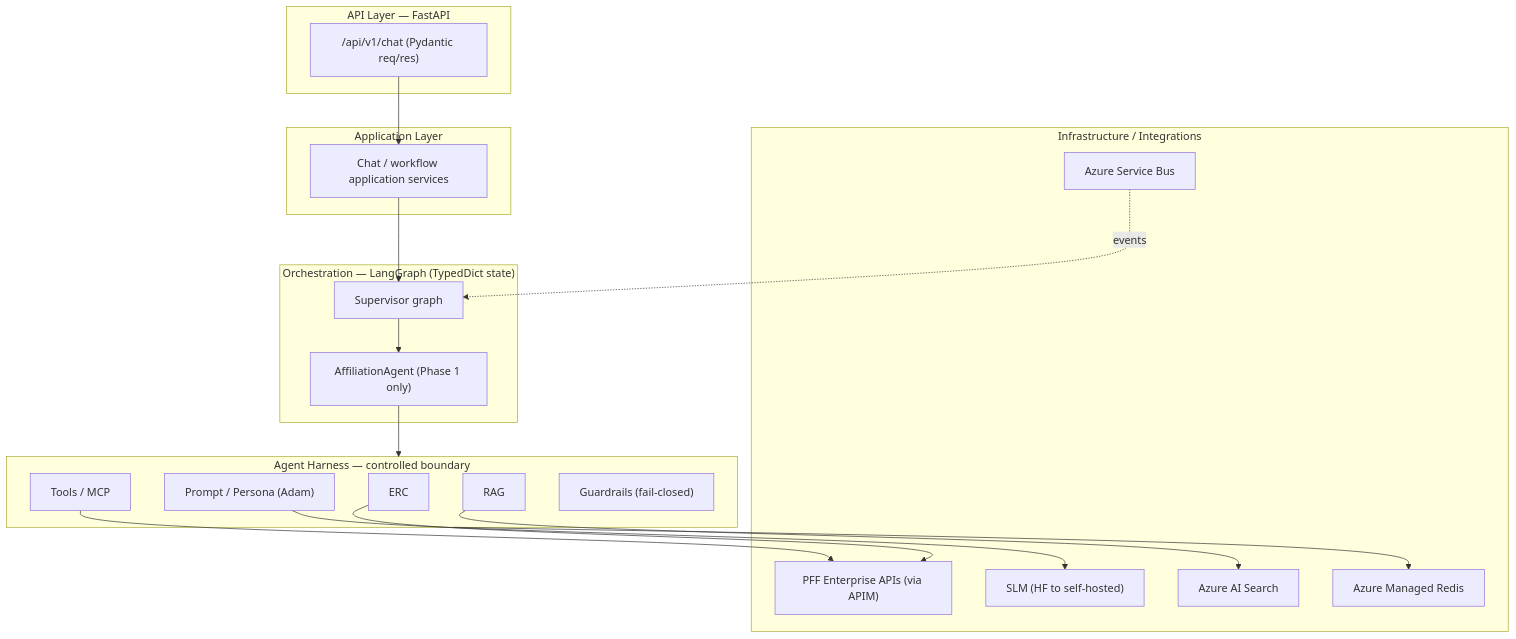
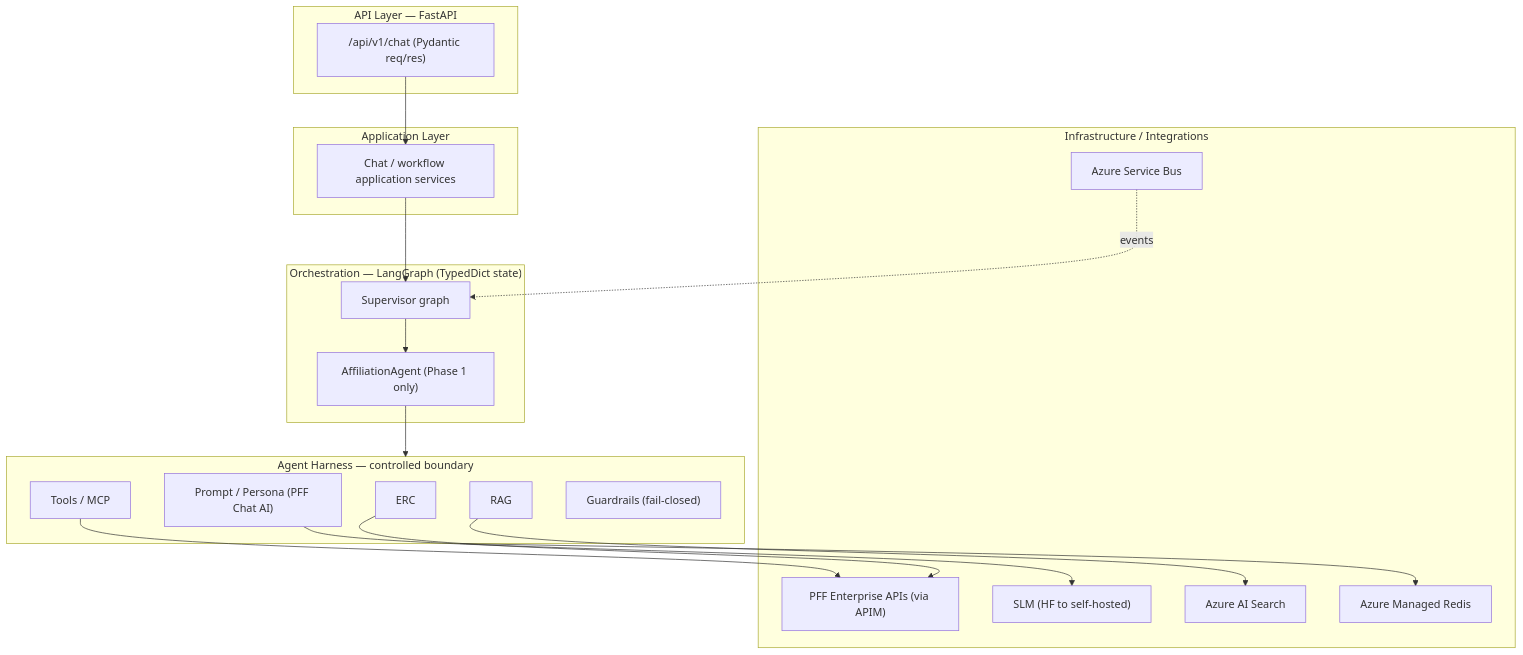
The third of 4 diagrams in docs/architecture/sad/PFF-AI-SAD.md (gobimca87/PF-FT), drawn with Mermaid before and after one commit. The commit also changed other lines of this file and 1 other file, not shown here.

First line of the commit message:
docs(sad): rename chat name "Adam AI" to "PFF Chat AI"

````diff
--- a/docs/architecture/sad/PFF-AI-SAD.md
+++ b/docs/architecture/sad/PFF-AI-SAD.md
@@ -506,35 +506,35 @@
 ```mermaid
 flowchart TB
     subgraph API["API Layer — FastAPI"]
         CHAT["/api/v1/chat (Pydantic req/res)"]
     end
     subgraph APP["Application Layer"]
         APPSVC["Chat / workflow application services"]
     end
     subgraph ORCH["Orchestration — LangGraph (TypedDict state)"]
         SUP["Supervisor graph"]
         AFF["AffiliationAgent (Phase 1 only)"]
     end
     subgraph HARNESS["Agent Harness — controlled boundary"]
         ERCC["ERC"]
-        PROMPT["Prompt / Persona (Adam)"]
+        PROMPT["Prompt / Persona (PFF Chat AI)"]
         RAGC["RAG"]
         TOOLS["Tools / MCP"]
         GUARD["Guardrails (fail-closed)"]
     end
     subgraph INFRA["Infrastructure / Integrations"]
         PFFAPI["PFF Enterprise APIs (via APIM)"]
         SBUS["Azure Service Bus"]
         SLM["SLM (HF to self-hosted)"]
         SRCH["Azure AI Search"]
         REDIS["Azure Managed Redis"]
     end
 
     CHAT --> APPSVC --> SUP --> AFF --> HARNESS
     ERCC --> PFFAPI
     TOOLS --> PFFAPI
     RAGC --> SRCH
     PROMPT --> SLM
     HARNESS --> REDIS
     SBUS -. events .-> SUP
 ```
````
